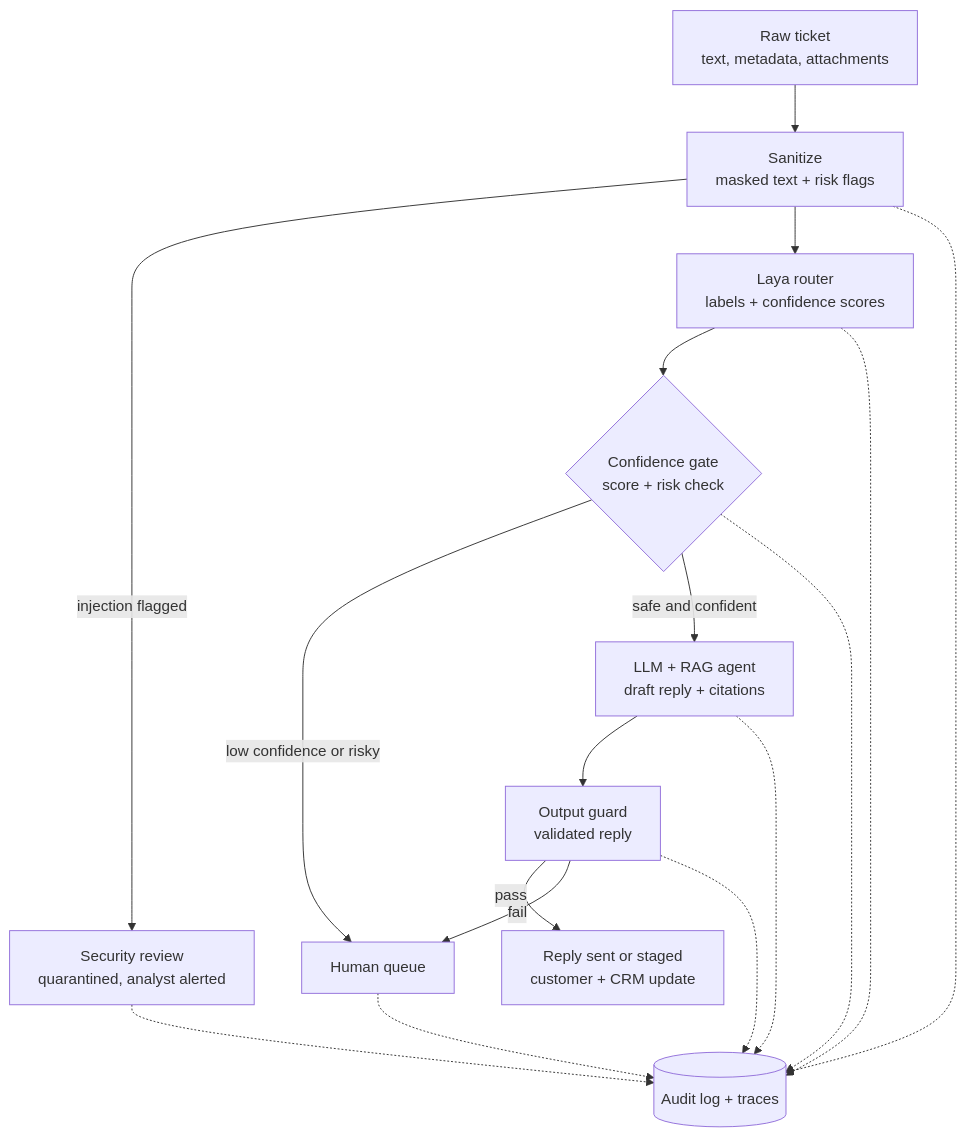
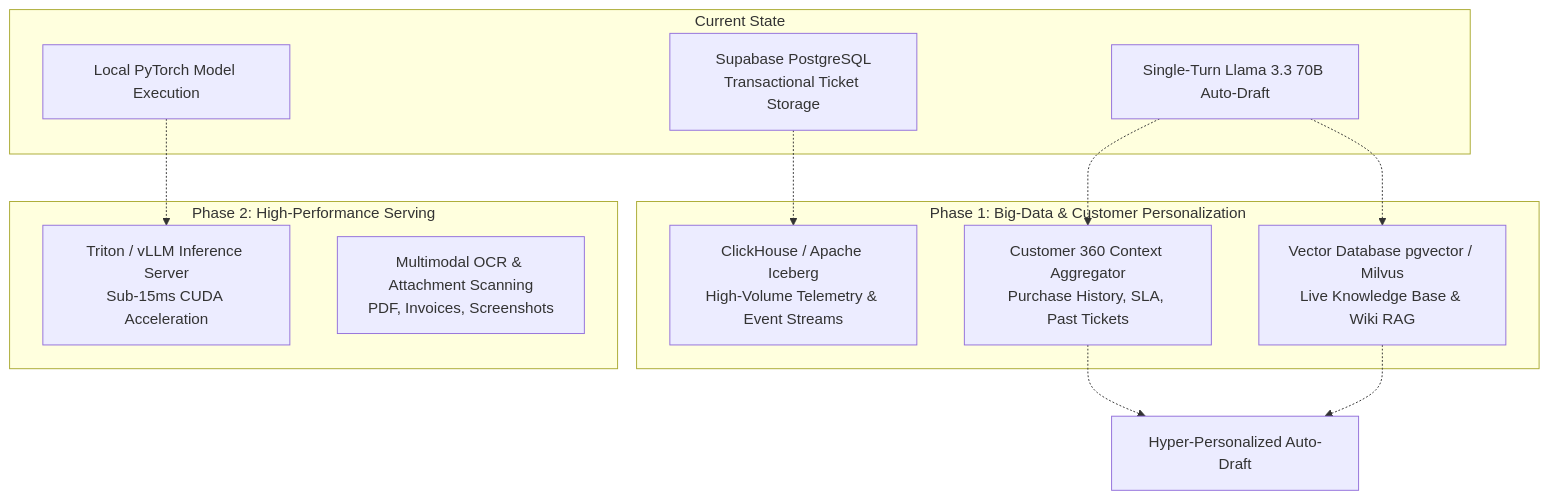
One commit to kleofr/triageguard changed the fourth of 4 diagrams in README.md. Above: the diagram before and after it, drawn with Mermaid. The commit also changed other lines of this file and 69 other files, not shown here.

````diff
--- a/README.md
+++ b/README.md
@@ -181,19 +554,25 @@
 ```mermaid
-flowchart TD
-    A[Raw ticket<br/>text, metadata, attachments] --> B[Sanitize<br/>masked text + risk flags]
-    B -->|injection flagged| S[Security review<br/>quarantined, analyst alerted]
-    B --> C[Laya router<br/>labels + confidence scores]
-    C --> D{Confidence gate<br/>score + risk check}
-    D -->|low confidence or risky| H[Human queue]
-    D -->|safe and confident| E[LLM + RAG agent<br/>draft reply + citations]
-    E --> F[Output guard<br/>validated reply]
-    F -->|pass| G[Reply sent or staged<br/>customer + CRM update]
-    F -->|fail| H
-    B -.-> L[(Audit log + traces)]
-    C -.-> L
-    D -.-> L
-    E -.-> L
-    F -.-> L
-    S -.-> L
-    H -.-> L
+graph TD
+    subgraph CURRENT["Current State"]
+        A[Supabase PostgreSQL<br/>Transactional Ticket Storage]
+        B[Single-Turn Llama 3.3 70B Auto-Draft]
+        C[Local PyTorch Model Execution]
+    end
+
+    subgraph PHASE1["Phase 1: Big-Data & Customer Personalization"]
+        D[ClickHouse / Apache Iceberg<br/>High-Volume Telemetry & Event Streams]
+        E[Customer 360 Context Aggregator<br/>Purchase History, SLA, Past Tickets]
+        F[Vector Database pgvector / Milvus<br/>Live Knowledge Base & Wiki RAG]
+    end
+
+    subgraph PHASE2["Phase 2: High-Performance Serving"]
+        G[Triton / vLLM Inference Server<br/>Sub-15ms CUDA Acceleration]
+        H[Multimodal OCR & Attachment Scanning<br/>PDF, Invoices, Screenshots]
+    end
+
+    A -.-> D
+    B -.-> E
+    B -.-> F
+    C -.-> G
+    E & F -.-> P_DRAFT[Hyper-Personalized Auto-Draft]
 ```
````
